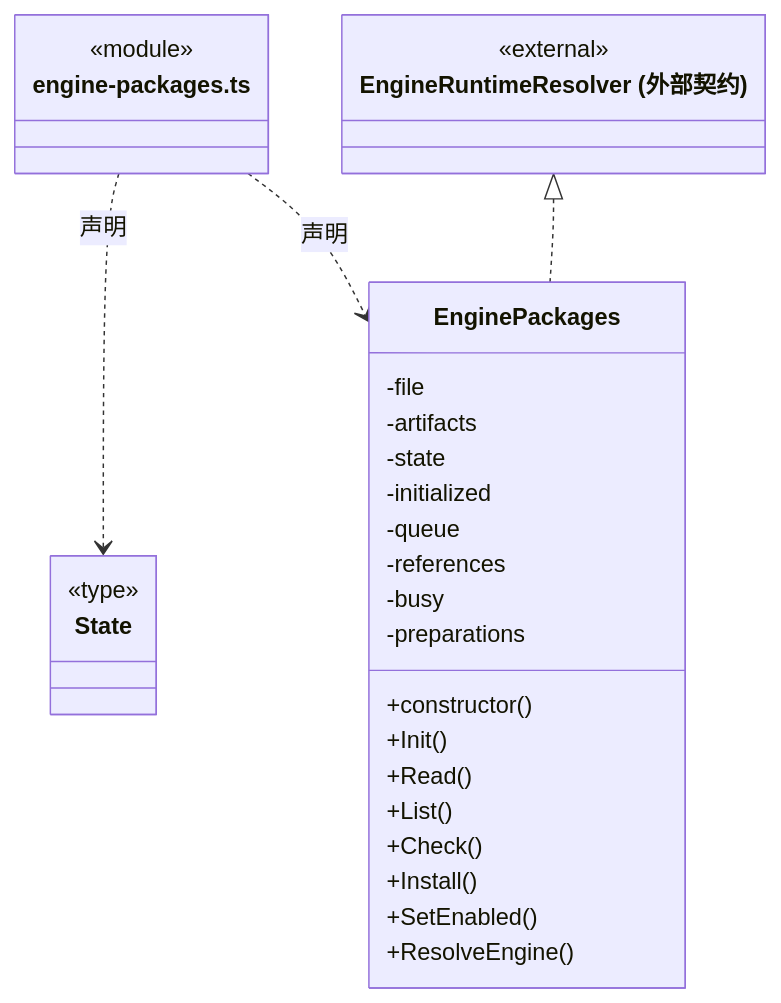
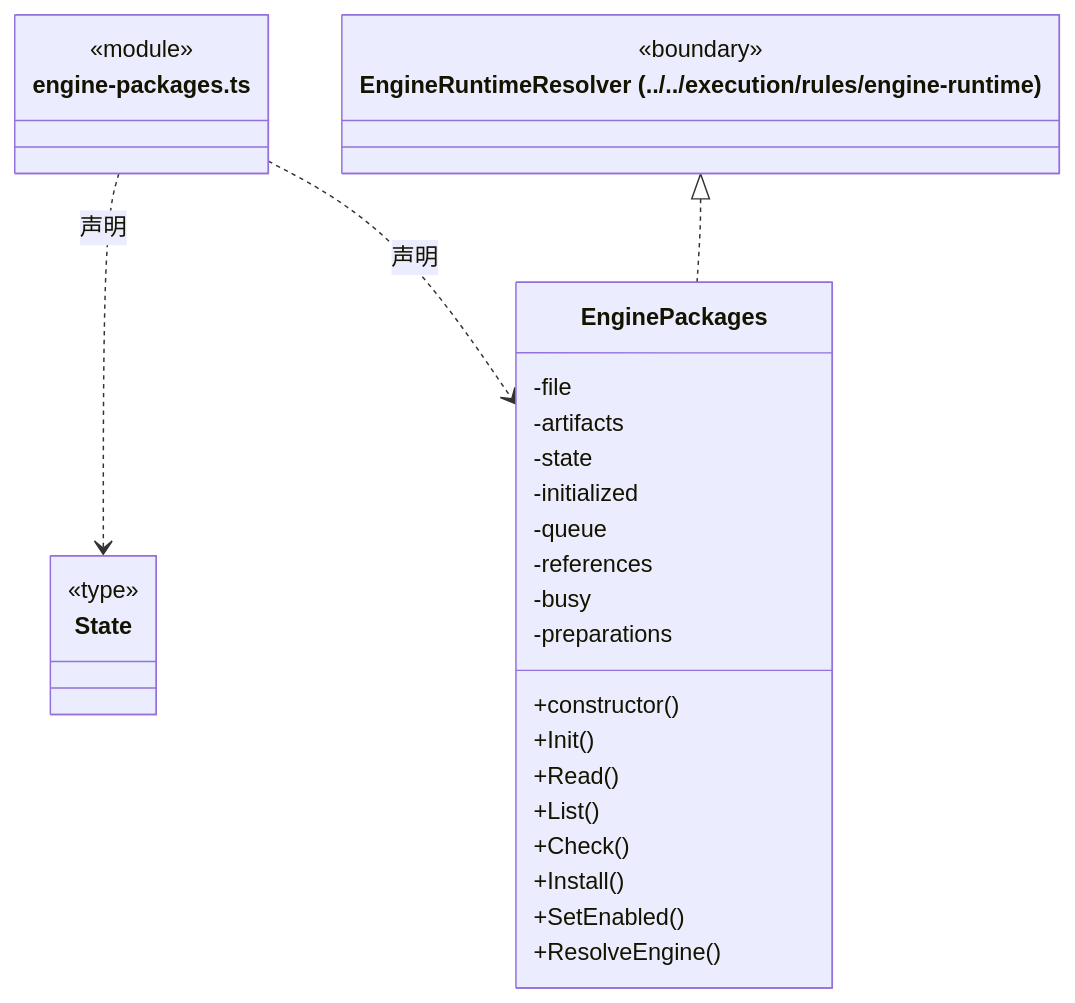
Before and after one commit to nan023062/cbim: the first of 4 diagrams in src/logic/engines/packages/ARCHITECTURE.md, drawn with Mermaid. The commit also changed other lines of this file and 112 other files, not shown here.

Commit message:
docs: align source architecture with current declarations and contracts

````diff
--- a/src/logic/engines/packages/ARCHITECTURE.md
+++ b/src/logic/engines/packages/ARCHITECTURE.md
@@ -68,34 +68,34 @@
 ```mermaid
 classDiagram
 class N_src_logic_engines_packages_engine_packages_ts["engine-packages.ts"] {
   <<module>>
 }
 class N_src_logic_engines_packages_engine_packages_ts_State["State"] {
   <<type>>
 
 }
 N_src_logic_engines_packages_engine_packages_ts ..> N_src_logic_engines_packages_engine_packages_ts_State : 声明
 class N_src_logic_engines_packages_engine_packages_ts_EnginePackages["EnginePackages"] {
   +constructor()
   +Init()
   +Read()
   +List()
   +Check()
   +Install()
   +SetEnabled()
   +ResolveEngine()
   -file
   -artifacts
   -state
   -initialized
   -queue
   -references
   -busy
   -preparations
 }
 N_src_logic_engines_packages_engine_packages_ts ..> N_src_logic_engines_packages_engine_packages_ts_EnginePackages : 声明
-class N_src_logic_engines_packages_engine_packages_ts_external_EngineRuntimeResolver["EngineRuntimeResolver (外部契约)"] {
-  <<external>>
+class N_src_logic_engines_packages_engine_packages_ts_external_EngineRuntimeResolver["EngineRuntimeResolver (../../execution/rules/engine-runtime)"] {
+  <<boundary>>
 }
 N_src_logic_engines_packages_engine_packages_ts_external_EngineRuntimeResolver <|.. N_src_logic_engines_packages_engine_packages_ts_EnginePackages
 ```
````
